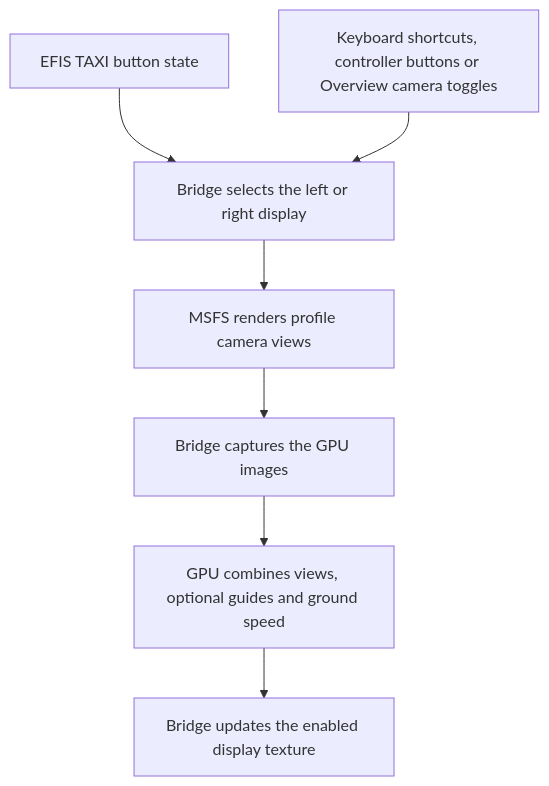
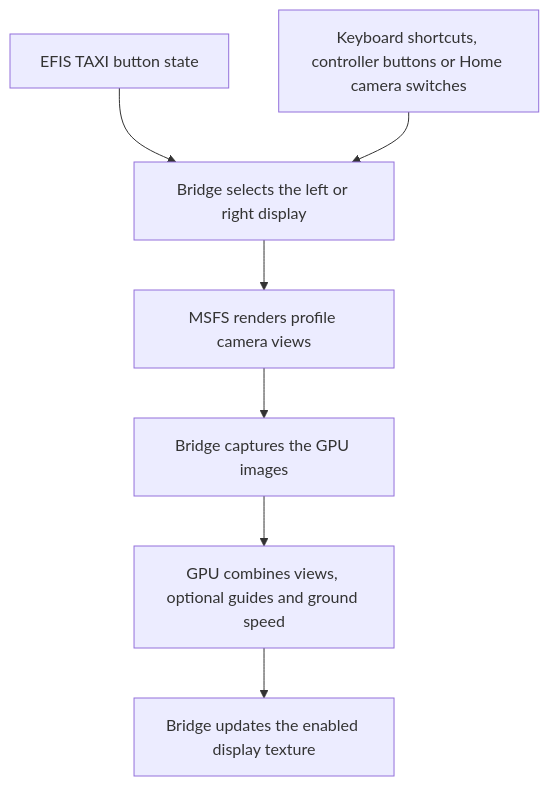
One commit to rthoms334/taxi-cam changed the diagram in docs/architecture.md. Above: the diagram before and after it, drawn with Mermaid. The commit also changed other lines of this file and 15 other files, not shown here.

```diff
--- a/docs/architecture.md
+++ b/docs/architecture.md
@@ -11,9 +11,9 @@
 ~~~mermaid
 flowchart TD
     Button["EFIS TAXI button state"] --> Control["Bridge selects the left or right display"]
-    Manual["Keyboard shortcuts, controller buttons or Overview camera toggles"] --> Control
+    Manual["Keyboard shortcuts, controller buttons or Home camera switches"] --> Control
     Control --> Cameras["MSFS renders profile camera views"]
     Cameras --> Capture["Bridge captures the GPU images"]
     Capture --> Combine["GPU combines views, optional guides and ground speed"]
     Combine --> Display["Bridge updates the enabled display texture"]
 ~~~
```
